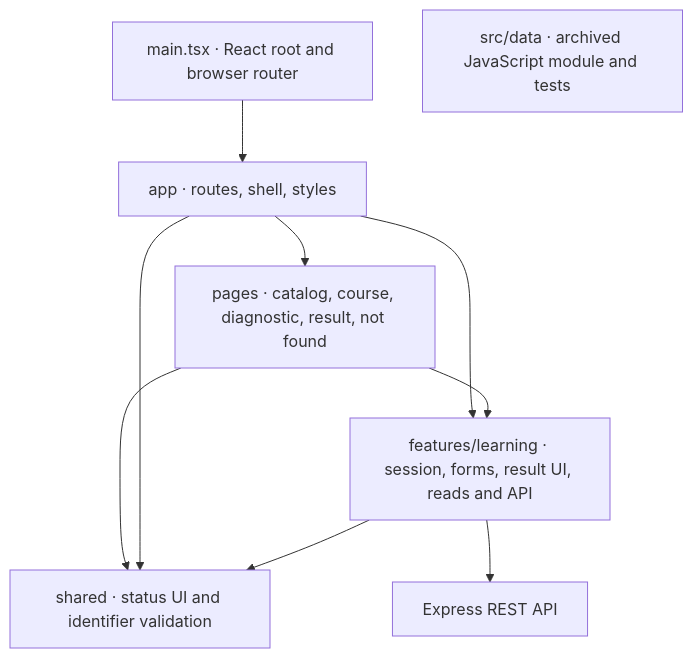
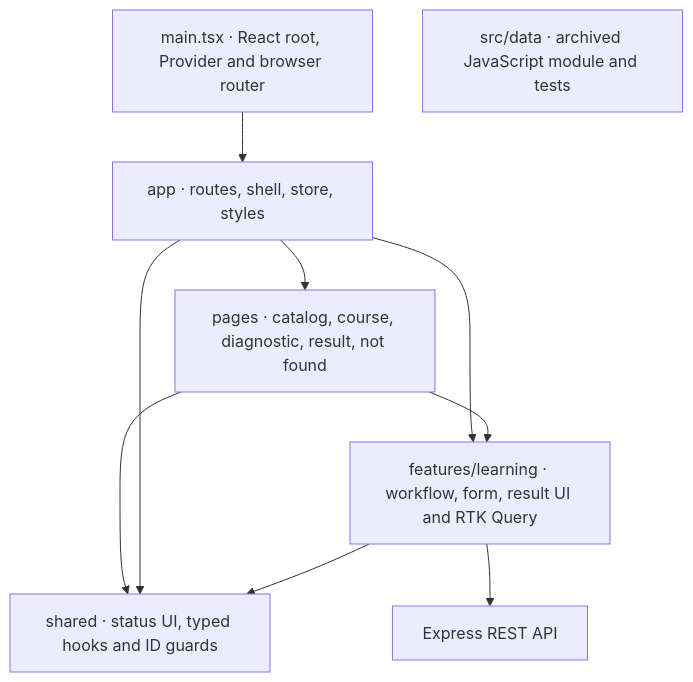
One commit to Andrew-web-dev-coder/ai-learning-recommendation-assistant changed the first of 3 diagrams in docs/frontend/ARCHITECTURE.md. Above: the diagram before and after it, drawn with Mermaid. The commit also changed other lines of this file and 24 other files, not shown here.

Commit message:
feat(frontend): implement Stage 3 advanced state management and RTK Query

````diff
--- a/docs/frontend/ARCHITECTURE.md
+++ b/docs/frontend/ARCHITECTURE.md
@@ -9,12 +9,12 @@
 ```mermaid
 flowchart TD
-    Main["main.tsx · React root and browser router"] --> App["app · routes, shell, styles"]
+    Main["main.tsx · React root, Provider and browser router"] --> App["app · routes, shell, store, styles"]
     App --> Pages["pages · catalog, course, diagnostic, result, not found"]
-    App --> Learning["features/learning · session, forms, result UI, reads and API"]
+    App --> Learning["features/learning · workflow, form, result UI and RTK Query"]
     Pages --> Learning
-    Pages --> Shared["shared · status UI and identifier validation"]
+    Pages --> Shared["shared · status UI, typed hooks and ID guards"]
     App --> Shared
     Learning --> Shared
     Learning --> API["Express REST API"]
     Legacy["src/data · archived JavaScript module and tests"]
 ```
````
